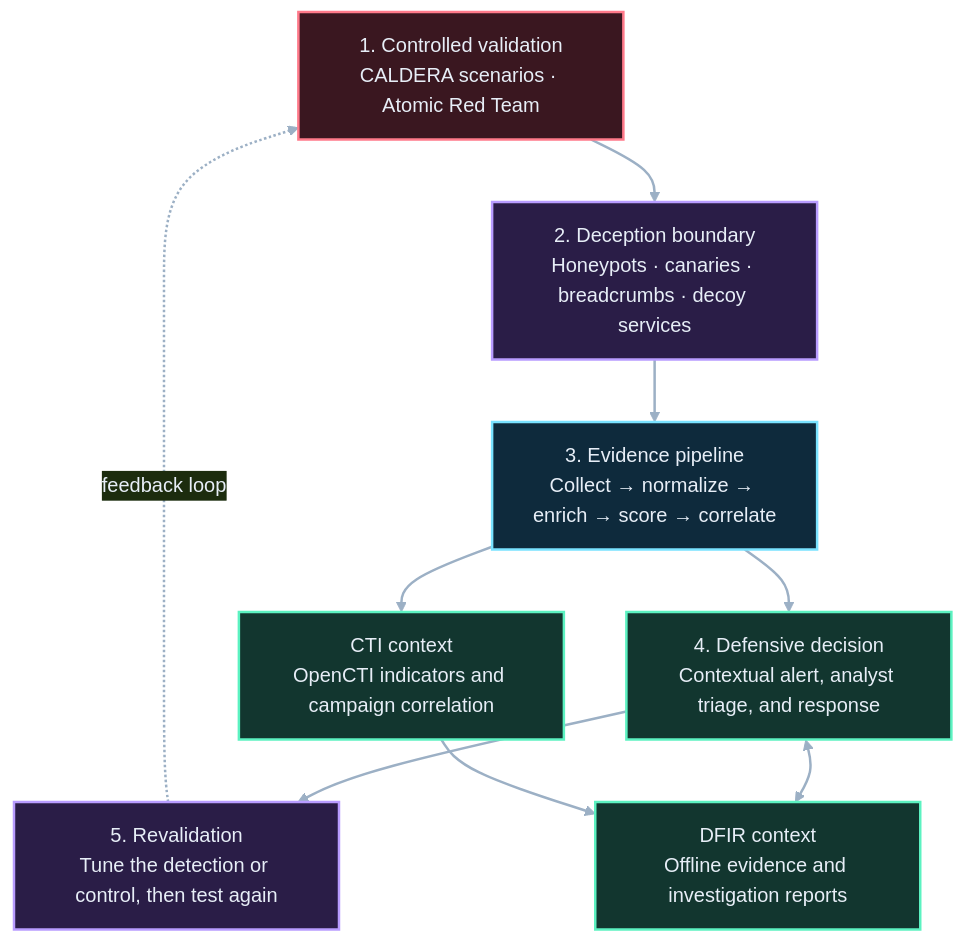
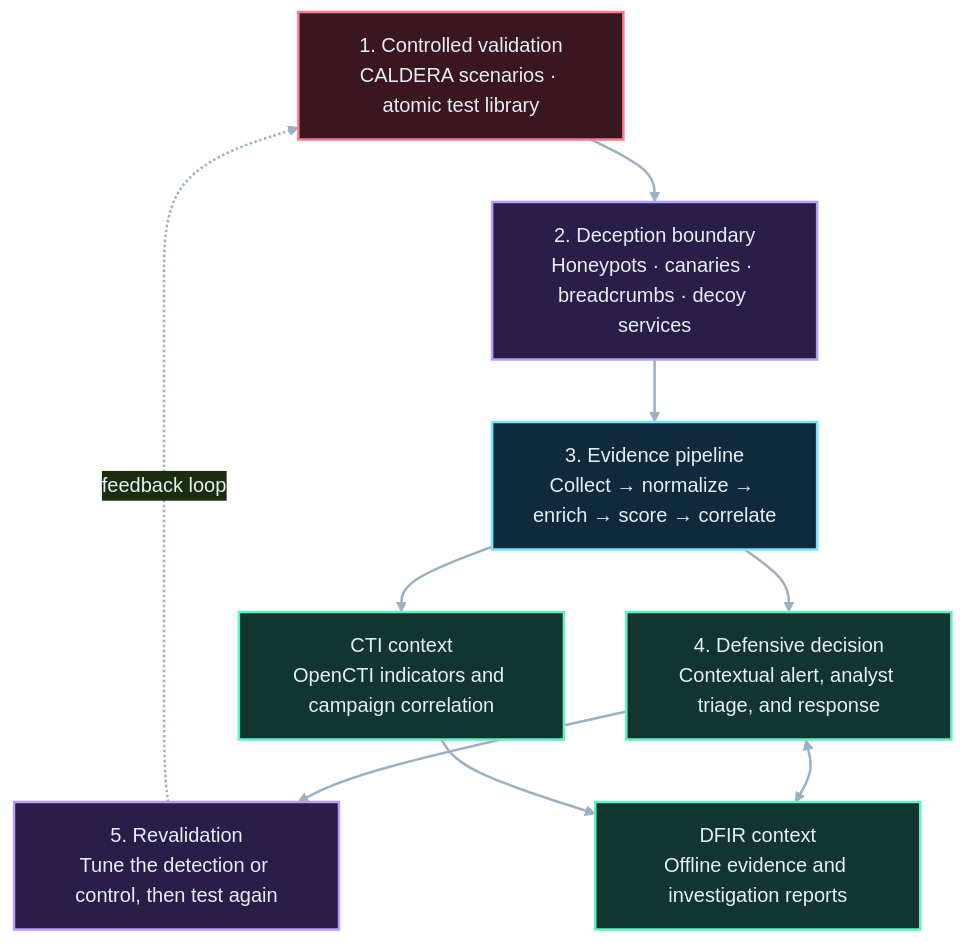
One commit to y-zahidi/DECEPTR-UNIFIED changed the diagram in docs/diagrams/deceptr-architecture.mmd. Above: the diagram before and after it, drawn with Mermaid. The commit also changed 1 other file, not shown here.

Commit message:
Refine architecture labels for indirect positioning

```diff
--- a/docs/diagrams/deceptr-architecture.mmd
+++ b/docs/diagrams/deceptr-architecture.mmd
@@ -1,27 +1,27 @@
 %%{init: {'theme':'base','themeVariables': {'background':'#07111D','primaryColor':'#0E1C2C','primaryTextColor':'#E7EEF7','primaryBorderColor':'#79E2FF','lineColor':'#9CB0C5','tertiaryColor':'#0E1C2C','clusterBkg':'#0E1C2C','clusterBorder':'#2A4560','fontFamily':'Arial'}}}%%
 flowchart TB
-    A["1. Controlled validation<br/>CALDERA scenarios · Atomic Red Team"]
+    A["1. Controlled validation<br/>CALDERA scenarios · atomic test library"]
     B["2. Deception boundary<br/>Honeypots · canaries · breadcrumbs · decoy services"]
     C["3. Evidence pipeline<br/>Collect → normalize → enrich → score → correlate"]
     D["4. Defensive decision<br/>Contextual alert, analyst triage, and response"]
     E["5. Revalidation<br/>Tune the detection or control, then test again"]
 
     A --> B --> C --> D --> E
     E -. feedback loop .-> A
 
     C --> CTI["CTI context<br/>OpenCTI indicators and campaign correlation"]
     D <--> DFIR["DFIR context<br/>Offline evidence and investigation reports"]
     CTI --> DFIR
 
     classDef red fill:#3A1720,stroke:#FF7A8A,color:#E7EEF7,stroke-width:2px;
     classDef violet fill:#2A1D47,stroke:#B89CFF,color:#E7EEF7,stroke-width:2px;
     classDef blue fill:#0E2A3C,stroke:#79E2FF,color:#E7EEF7,stroke-width:2px;
     classDef green fill:#12362F,stroke:#5CF2C1,color:#E7EEF7,stroke-width:2px;
 
     class A red;
     class B violet;
     class C blue;
     class D,CTI,DFIR green;
     class E violet;
 
     linkStyle default stroke:#9CB0C5,stroke-width:2px;
```
